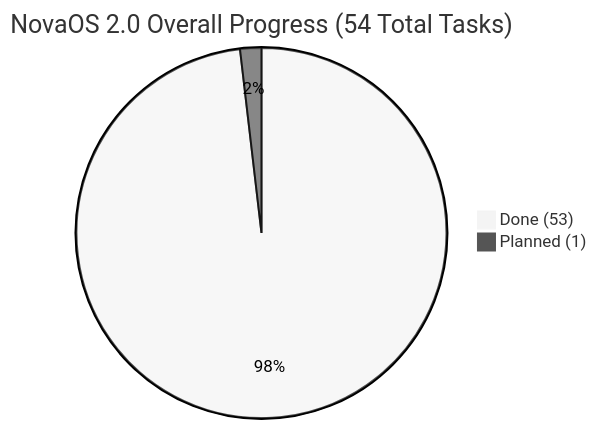
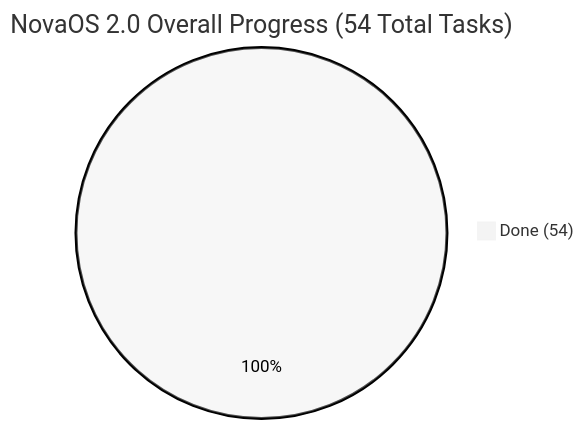
Before and after one commit to firoze-hossain/novaos: the diagram in NovaOS_Build_Plan.md, drawn with Mermaid (neutral theme). The commit also changed other lines of this file and 24 other files, not shown here.

````diff
--- a/NovaOS_Build_Plan.md
+++ b/NovaOS_Build_Plan.md
@@ -9,5 +9,4 @@
 ```mermaid
 pie title NovaOS 2.0 Overall Progress (54 Total Tasks)
-    "Done (53)" : 53
-    "Planned (1)" : 1
+    "Done (54)" : 54
 ```
````
